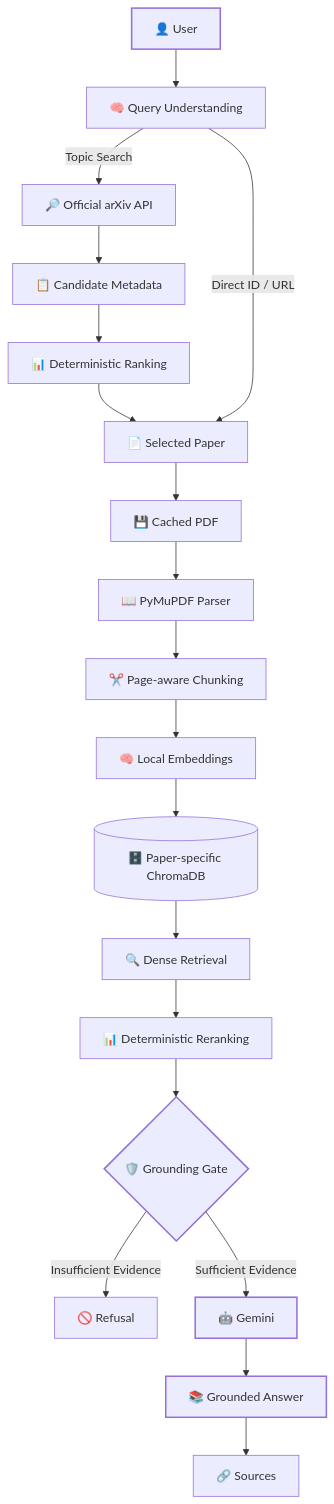
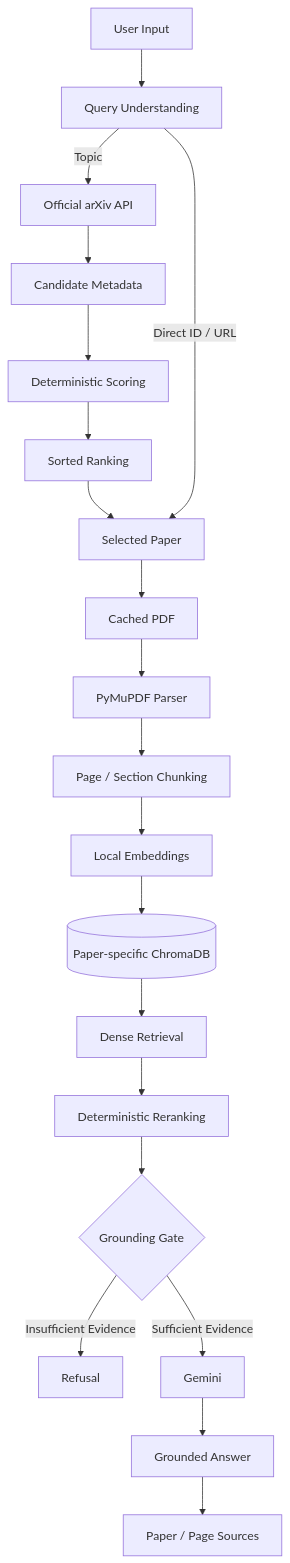
Before and after one commit to amruthssss/Autonomous_arXiv_Assessment-: the diagram in README.md, drawn with Mermaid. The commit also changed other lines of this file, not shown here.

````diff
--- a/README.md
+++ b/README.md
@@ -341,33 +74,29 @@
 ```mermaid
 flowchart TD
 
-    A["👤 User"] --> B["🧠 Query Understanding"]
+    A[User Input] --> B[Query Understanding]
 
-    B -->|Topic Search| C["🔎 Official arXiv API"]
-    C --> D["📋 Candidate Metadata"]
-    D --> E["📊 Deterministic Ranking"]
-    E --> F["📄 Selected Paper"]
+    B -->|Topic| C[Official arXiv API]
+    C --> D[Candidate Metadata]
+    D --> E[Deterministic Scoring]
+    E --> F[Sorted Ranking]
+    F --> G[Selected Paper]
 
-    B -->|Direct ID / URL| F
+    B -->|Direct ID / URL| G
 
-    F --> G["💾 Cached PDF"]
-    G --> H["📖 PyMuPDF Parser"]
-    H --> I["✂️ Page-aware Chunking"]
-    I --> J["🧠 Local Embeddings"]
-    J --> K[("🗄️ Paper-specific ChromaDB")]
+    G --> H[Cached PDF]
+    H --> I[PyMuPDF Parser]
+    I --> J[Page / Section Chunking]
+    J --> K[Local Embeddings]
+    K --> L[(Paper-specific ChromaDB)]
 
-    K --> L["🔍 Dense Retrieval"]
-    L --> M["📊 Deterministic Reranking"]
-    M --> N{"🛡️ Grounding Gate"}
+    L --> M[Dense Retrieval]
+    M --> N[Deterministic Reranking]
+    N --> O{Grounding Gate}
 
-    N -->|Insufficient Evidence| O["🚫 Refusal"]
-    N -->|Sufficient Evidence| P["🤖 Gemini"]
+    O -->|Insufficient Evidence| P[Refusal]
+    O -->|Sufficient Evidence| Q[Gemini]
 
-    P --> Q["📚 Grounded Answer"]
-    Q --> R["🔗 Sources"]
-
-    style A stroke-width:2px
-    style N stroke-width:2px
-    style P stroke-width:2px
-    style Q stroke-width:2px
+    Q --> R[Grounded Answer]
+    R --> S[Paper / Page Sources]
 ```
````
